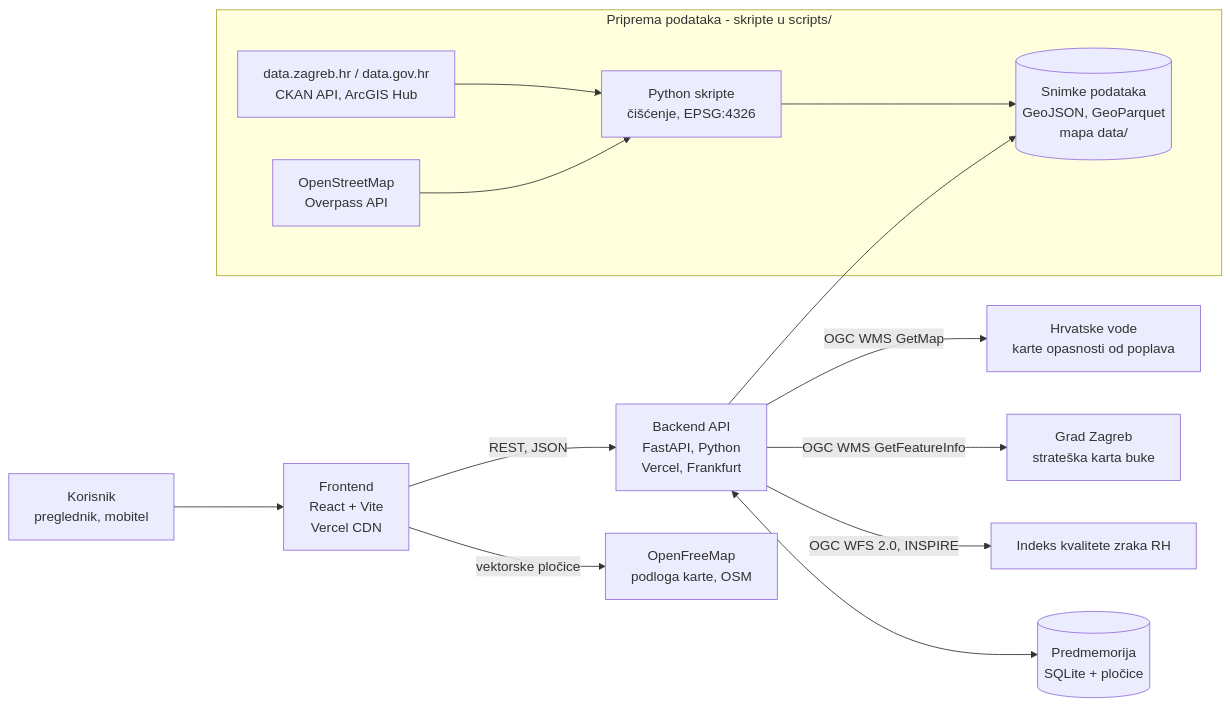
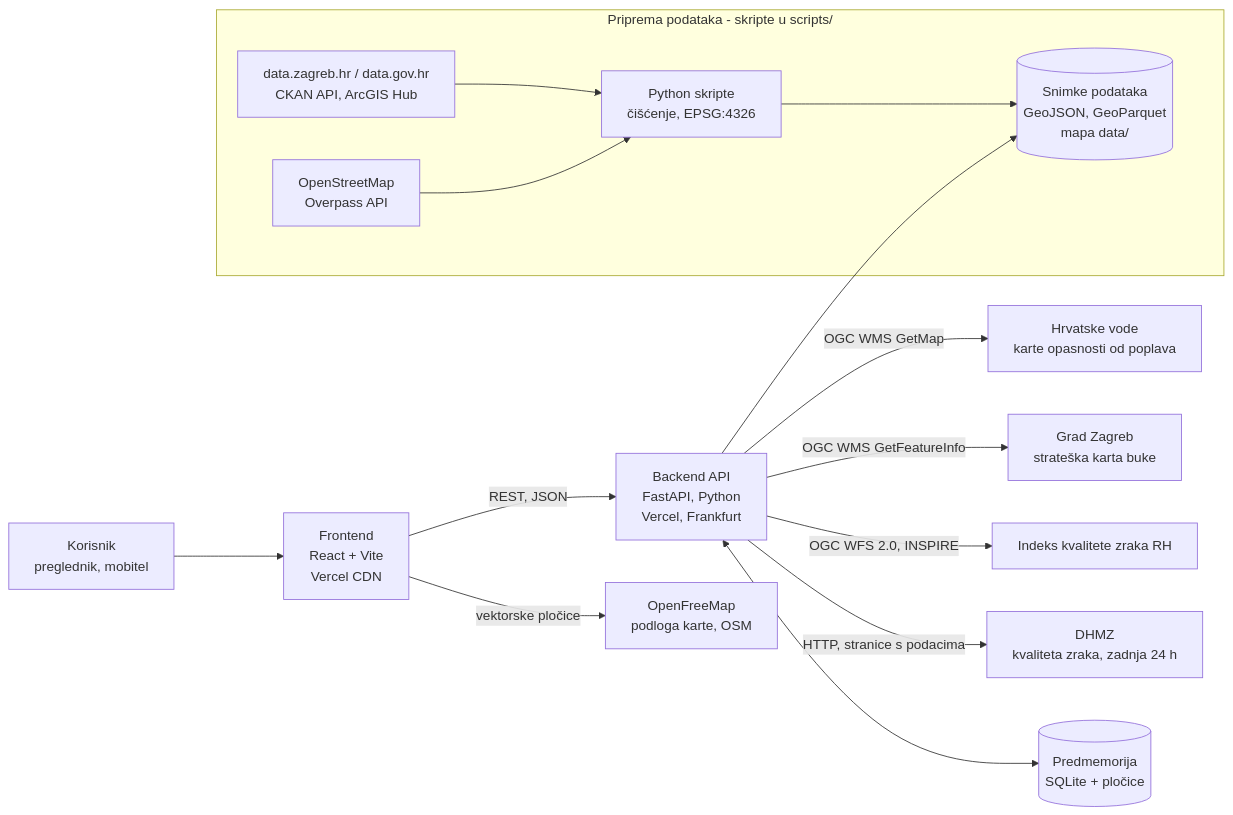
The diagram in docs/arhitektura.md (Filip-Pogac/EkoAdresa), drawn with Mermaid before and after one commit. The commit also changed other lines of this file and 20 other files, not shown here.

````diff
--- a/docs/arhitektura.md
+++ b/docs/arhitektura.md
@@ -11,18 +11,19 @@
 ```mermaid
 flowchart LR
     U[Korisnik<br/>preglednik, mobitel] --> FE[Frontend<br/>React + Vite<br/>Vercel CDN]
     FE -->|REST, JSON| BE[Backend API<br/>FastAPI, Python<br/>Vercel, Frankfurt]
     FE -->|vektorske pločice| OFM[OpenFreeMap<br/>podloga karte, OSM]
 
     BE -->|OGC WMS GetMap| HV[Hrvatske vode<br/>karte opasnosti od poplava]
     BE -->|OGC WMS GetFeatureInfo| ZGB[Grad Zagreb<br/>strateška karta buke]
     BE -->|OGC WFS 2.0, INSPIRE| AZO[Indeks kvalitete zraka RH]
+    BE -->|HTTP, stranice s podacima| DHMZ[DHMZ<br/>kvaliteta zraka, zadnja 24 h]
     BE <--> C[(Predmemorija<br/>SQLite + pločice)]
     BE --> D[(Snimke podataka<br/>GeoJSON, GeoParquet<br/>mapa data/)]
 
     subgraph Priprema podataka - skripte u scripts/
       S1[data.zagreb.hr / data.gov.hr<br/>CKAN API, ArcGIS Hub] --> P[Python skripte<br/>čišćenje, EPSG:4326]
       S2[OpenStreetMap<br/>Overpass API] --> P
       P --> D
     end
 ```
````
